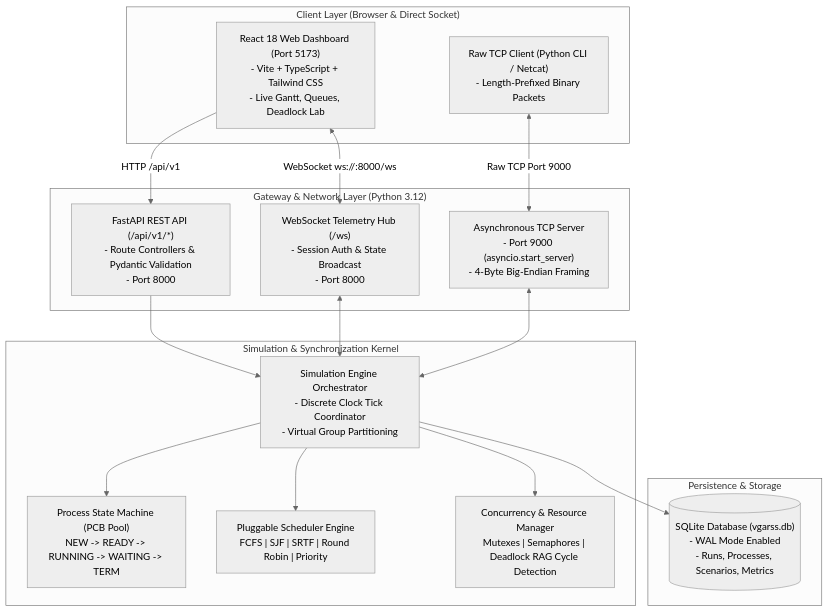
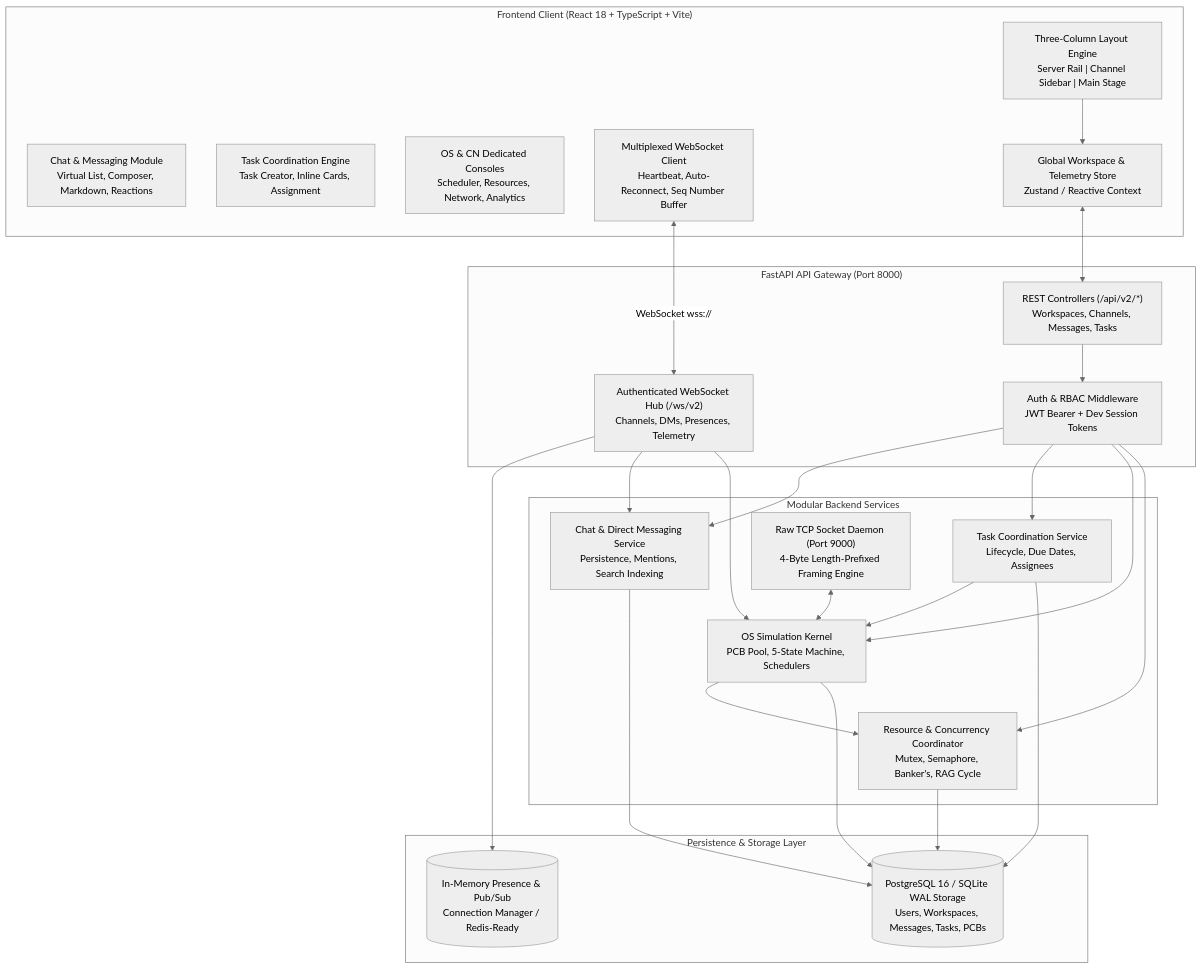
Before and after one commit to Adityasengar18888/VGARSS: the second of 3 diagrams in docs/architecture.md, drawn with Mermaid (neutral theme). The commit also changed other lines of this file and 150 other files, not shown here.

Commit message:
feat: complete VGARSS 2.0 multi-user collaboration, real-time scheduler, PWA, and deployment engine

````diff
--- a/docs/architecture.md
+++ b/docs/architecture.md
@@ -30,38 +87,54 @@
 ```mermaid
 graph TB
-    subgraph Client_Layer ["Client Layer (Browser & Direct Socket)"]
-        UI["React 18 Web Dashboard (Port 5173)\n- Vite + TypeScript + Tailwind CSS\n- Live Gantt, Queues, Deadlock Lab"]
-        TCP_CLI["Raw TCP Client (Python CLI / Netcat)\n- Length-Prefixed Binary Packets"]
+    subgraph Client_Presentation ["Frontend Client (React 18 + TypeScript + Vite)"]
+        UI_SHELL["Three-Column Layout Engine\nServer Rail | Channel Sidebar | Main Stage"]
+        CHAT_MOD["Chat & Messaging Module\nVirtual List, Composer, Markdown, Reactions"]
+        TASK_MOD["Task Coordination Engine\nTask Creator, Inline Cards, Assignment"]
+        OS_VIEWS["OS & CN Dedicated Consoles\nScheduler, Resources, Network, Analytics"]
+        WS_CLIENT["Multiplexed WebSocket Client\nHeartbeat, Auto-Reconnect, Seq Number Buffer"]
+        STATE_STORE["Global Workspace & Telemetry Store\nZustand / Reactive Context"]
     end
 
-    subgraph Gateway_Layer ["Gateway & Network Layer (Python 3.12)"]
-        REST_GW["FastAPI REST API (/api/v1/*)\n- Route Controllers & Pydantic Validation\n- Port 8000"]
-        WS_HUB["WebSocket Telemetry Hub (/ws)\n- Session Auth & State Broadcast\n- Port 8000"]
-        TCP_SRV["Asynchronous TCP Server\n- Port 9000 (asyncio.start_server)\n- 4-Byte Big-Endian Framing"]
+    subgraph API_Gateway ["FastAPI API Gateway (Port 8000)"]
+        AUTH_ROUTER["Auth & RBAC Middleware\nJWT Bearer + Dev Session Tokens"]
+        WS_ROUTER["Authenticated WebSocket Hub (/ws/v2)\nChannels, DMs, Presences, Telemetry"]
+        REST_ROUTER["REST Controllers (/api/v2/*)\nWorkspaces, Channels, Messages, Tasks"]
     end
 
-    subgraph Kernel_Layer ["Simulation & Synchronization Kernel"]
-        SIM_MGR["Simulation Engine Orchestrator\n- Discrete Clock Tick Coordinator\n- Virtual Group Partitioning"]
-        PROC_MGR["Process State Machine (PCB Pool)\nNEW -> READY -> RUNNING -> WAITING -> TERM"]
-        SCHED_CORE["Pluggable Scheduler Engine\nFCFS | SJF | SRTF | Round Robin | Priority"]
-        SYNC_CORE["Concurrency & Resource Manager\nMutexes | Semaphores | Deadlock RAG Cycle Detection"]
+    subgraph Core_Services ["Modular Backend Services"]
+        CHAT_SVC["Chat & Direct Messaging Service\nPersistence, Mentions, Search Indexing"]
+        TASK_SVC["Task Coordination Service\nLifecycle, Due Dates, Assignees"]
+        SIM_SVC["OS Simulation Kernel\nPCB Pool, 5-State Machine, Schedulers"]
+        RES_SVC["Resource & Concurrency Coordinator\nMutex, Semaphore, Banker's, RAG Cycle"]
+        TCP_SRV["Raw TCP Socket Daemon (Port 9000)\n4-Byte Length-Prefixed Framing Engine"]
     end
 
-    subgraph Persistence_Layer ["Persistence & Storage"]
-        SQLITE_DB[("SQLite Database (vgarss.db)\n- WAL Mode Enabled\n- Runs, Processes, Scenarios, Metrics")]
+    subgraph Persistence_Tier ["Persistence & Storage Layer"]
+        PG_DB[("PostgreSQL 16 / SQLite WAL Storage\nUsers, Workspaces, Messages, Tasks, PCBs")]
+        CACHE[("In-Memory Presence & Pub/Sub\nConnection Manager / Redis-Ready")]
     end
 
-    UI -->|HTTP /api/v1| REST_GW
-    UI <-->|WebSocket ws://:8000/ws| WS_HUB
-    TCP_CLI <-->|Raw TCP Port 9000| TCP_SRV
+    UI_SHELL --> STATE_STORE
+    STATE_STORE <--> REST_ROUTER
+    WS_CLIENT <-->|WebSocket wss://| WS_ROUTER
 
-    REST_GW --> SIM_MGR
-    WS_HUB <--> SIM_MGR
-    TCP_SRV <--> SIM_MGR
+    WS_ROUTER --> CACHE
+    WS_ROUTER --> CHAT_SVC
+    WS_ROUTER --> SIM_SVC
 
-    SIM_MGR --> PROC_MGR
-    SIM_MGR --> SCHED_CORE
-    SIM_MGR --> SYNC_CORE
+    REST_ROUTER --> AUTH_ROUTER
+    AUTH_ROUTER --> CHAT_SVC
+    AUTH_ROUTER --> TASK_SVC
+    AUTH_ROUTER --> SIM_SVC
+    AUTH_ROUTER --> RES_SVC
 
-    SIM_MGR --> SQLITE_DB
+    TASK_SVC --> SIM_SVC
+    SIM_SVC --> RES_SVC
+
+    CHAT_SVC --> PG_DB
+    TASK_SVC --> PG_DB
+    SIM_SVC --> PG_DB
+    RES_SVC --> PG_DB
+
+    TCP_SRV <--> SIM_SVC
 ```
````
